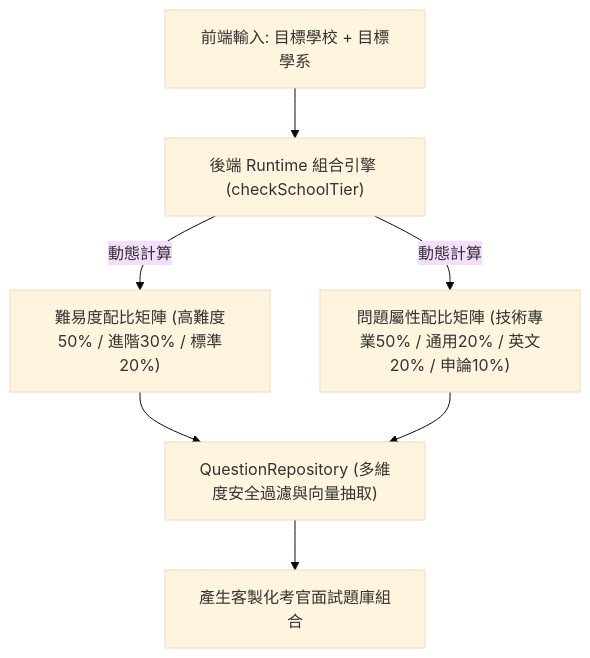
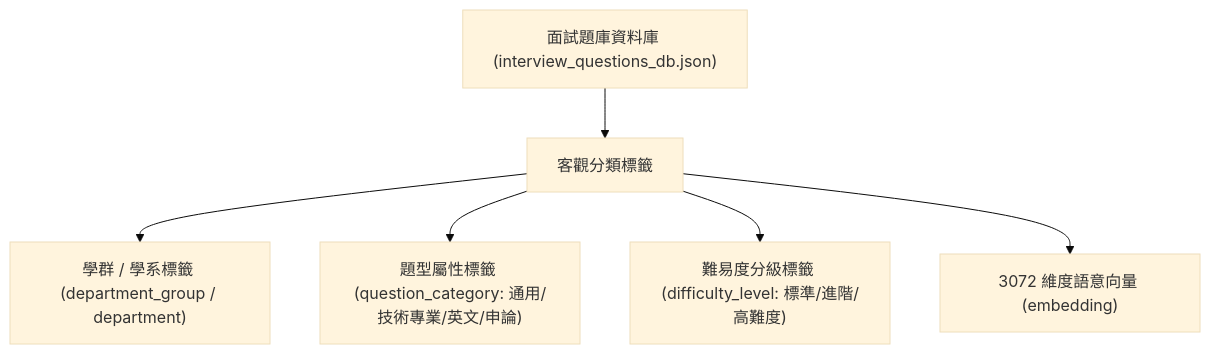
The diagram in days/day6.md (Disesfgewu/iThome---2026), drawn with Mermaid (base theme) before and after one commit. The commit also changed other lines of this file, not shown here.

Commit message:
docs(day6): simplify section 1.D to focus on DB construction, field roles, and category purpose without numerical ratios

````diff
--- a/days/day6.md
+++ b/days/day6.md
@@ -98,8 +96,8 @@
 ```mermaid
 graph TD
-    A["前端輸入: 目標學校 + 目標學系"] --> B["後端 Runtime 組合引擎 (checkSchoolTier)"]
-    B -->|動態計算| C["難易度配比矩陣 (高難度50% / 進階30% / 標準20%)"]
-    B -->|動態計算| D["問題屬性配比矩陣 (技術專業50% / 通用20% / 英文20% / 申論10%)"]
-    C & D --> E["QuestionRepository (多維度安全過濾與向量抽取)"]
-    E --> F["產生客製化考官面試題庫組合"]
+    A["面試題庫資料庫 (interview_questions_db.json)"] --> B["客觀分類標籤"]
+    B --> C["學群 / 學系標籤 (department_group / department)"]
+    B --> D["題型屬性標籤 (question_category: 通用/技術專業/英文/申論)"]
+    B --> E["難易度分級標籤 (difficulty_level: 標準/進階/高難度)"]
+    B --> F["3072 維度語意向量 (embedding)"]
 ```
````
